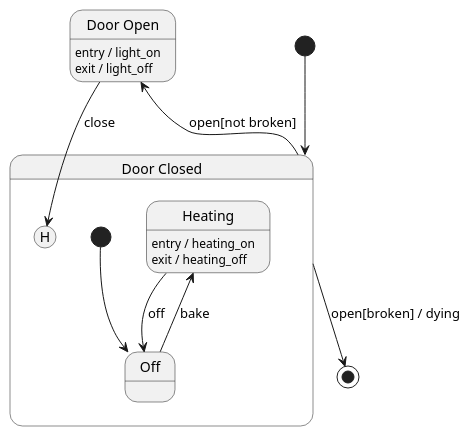
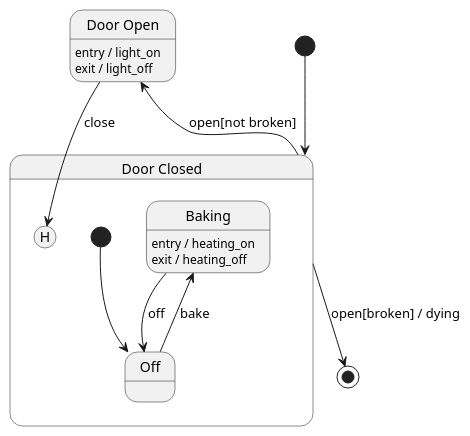
One commit to dragomit/hsm changed the diagram in oven.puml. Above: the diagram before and after it, drawn with PlantUML. The commit also changed 3 other files, not shown here.

```diff
--- a/oven.puml
+++ b/oven.puml
@@ -1,20 +1,20 @@
 @startuml
 
 state "Door Open" as Door_Open
 Door_Open : entry / light_on
 Door_Open : exit / light_off
 state "Door Closed" as Door_Closed {
-   state Heating
-   Heating : entry / heating_on
-   Heating : exit / heating_off
+   state Baking
+   Baking : entry / heating_on
+   Baking : exit / heating_off
    state Off
    [*] --> Off
 }
 [*] --> Door_Closed
 Door_Open --> Door_Closed[H] : close
-Heating --> Off : off
-Off --> Heating : bake
+Baking --> Off : off
+Off --> Baking : bake
 Door_Closed --> Door_Open : open[not broken]
 Door_Closed --> [*] : open[broken] / dying
 
 @enduml
```
